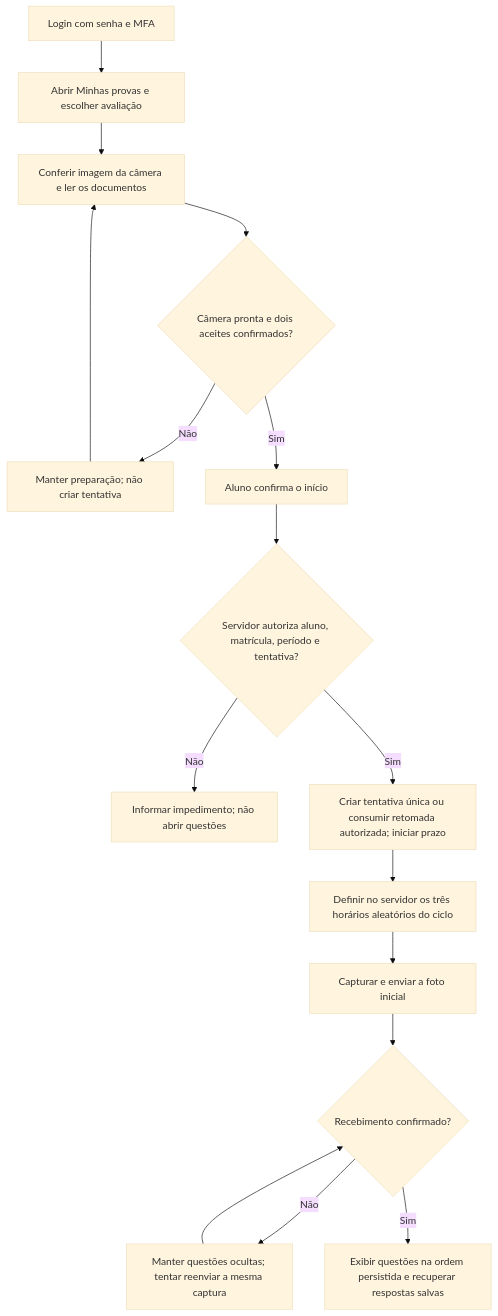
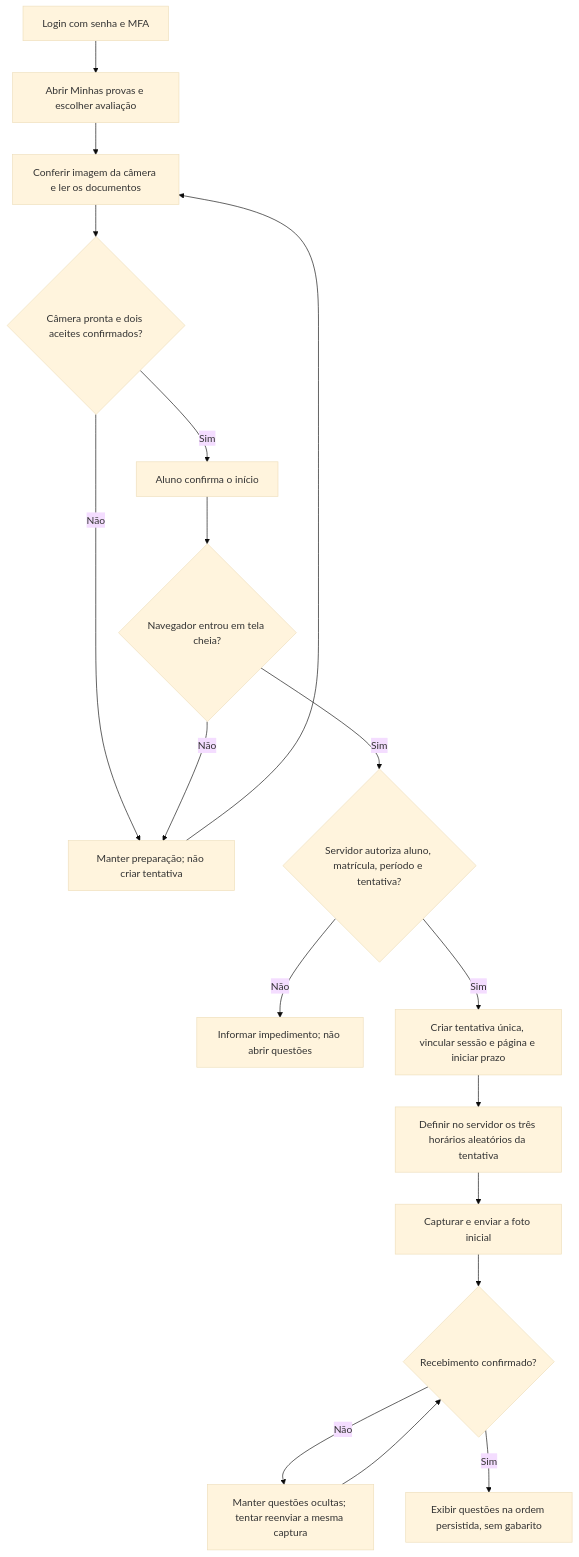
One commit to ModusMartinez/ExamenTech-PFC2026 changed the first of 3 diagrams in docs/fluxo-prova-monitorada.md. Above: the diagram before and after it, drawn with Mermaid (base theme). The commit also changed other lines of this file and 67 other files, not shown here.

````diff
--- a/docs/fluxo-prova-monitorada.md
+++ b/docs/fluxo-prova-monitorada.md
@@ -9,18 +9,20 @@
 ```mermaid
 flowchart TD
     A["Login com senha e MFA"] --> B["Abrir Minhas provas e escolher avaliação"]
     B --> C["Conferir imagem da câmera e ler os documentos"]
     C --> D{"Câmera pronta e dois aceites confirmados?"}
     D -->|Não| E["Manter preparação; não criar tentativa"]
     E --> C
     D -->|Sim| F["Aluno confirma o início"]
-    F --> G{"Servidor autoriza aluno, matrícula, período e tentativa?"}
+    F --> P{"Navegador entrou em tela cheia?"}
+    P -->|Não| E
+    P -->|Sim| G{"Servidor autoriza aluno, matrícula, período e tentativa?"}
     G -->|Não| H["Informar impedimento; não abrir questões"]
-    G -->|Sim| I["Criar tentativa única ou consumir retomada autorizada; iniciar prazo"]
-    I --> J["Definir no servidor os três horários aleatórios do ciclo"]
+    G -->|Sim| I["Criar tentativa única, vincular sessão e página e iniciar prazo"]
+    I --> J["Definir no servidor os três horários aleatórios da tentativa"]
     J --> K["Capturar e enviar a foto inicial"]
     K --> L{"Recebimento confirmado?"}
     L -->|Não| M["Manter questões ocultas; tentar reenviar a mesma captura"]
     M --> L
-    L -->|Sim| N["Exibir questões na ordem persistida e recuperar respostas salvas"]
+    L -->|Sim| N["Exibir questões na ordem persistida, sem gabarito"]
 ```
````
